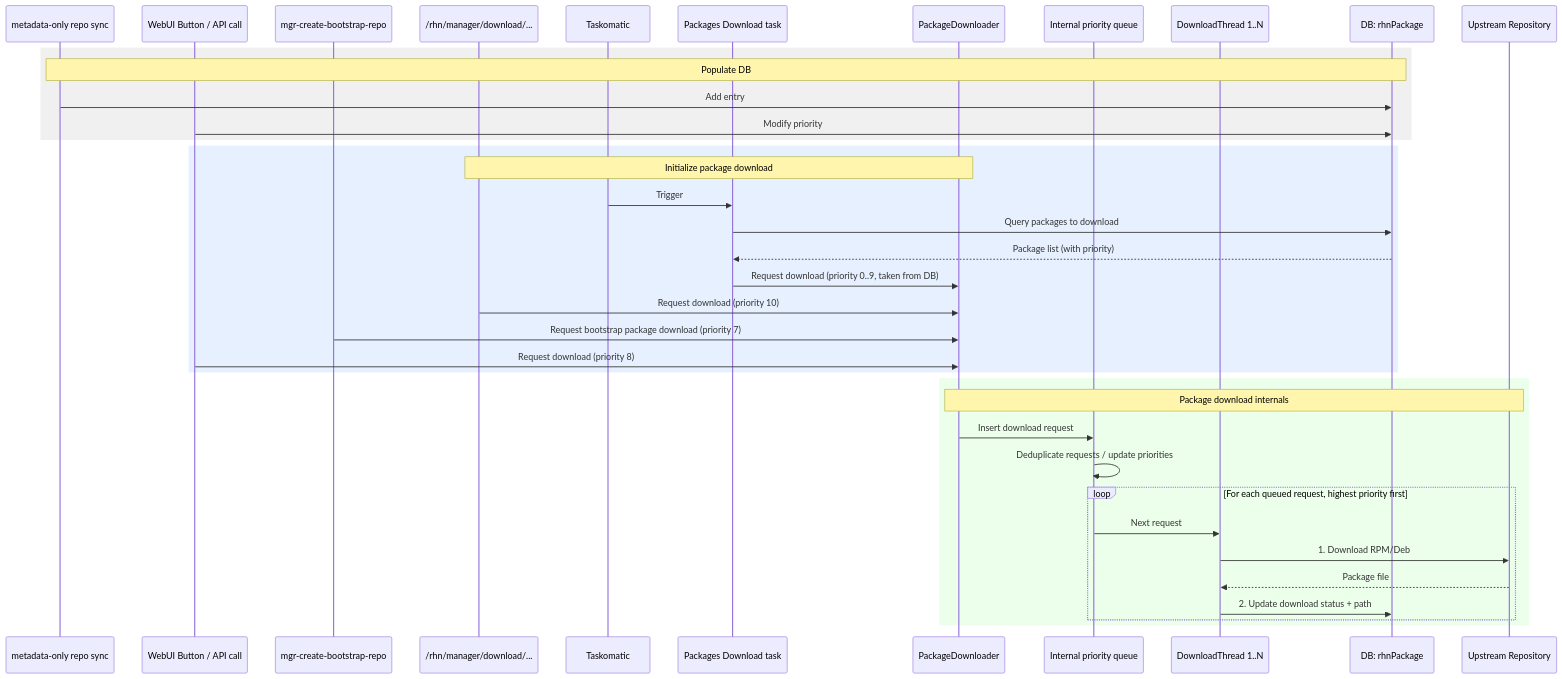
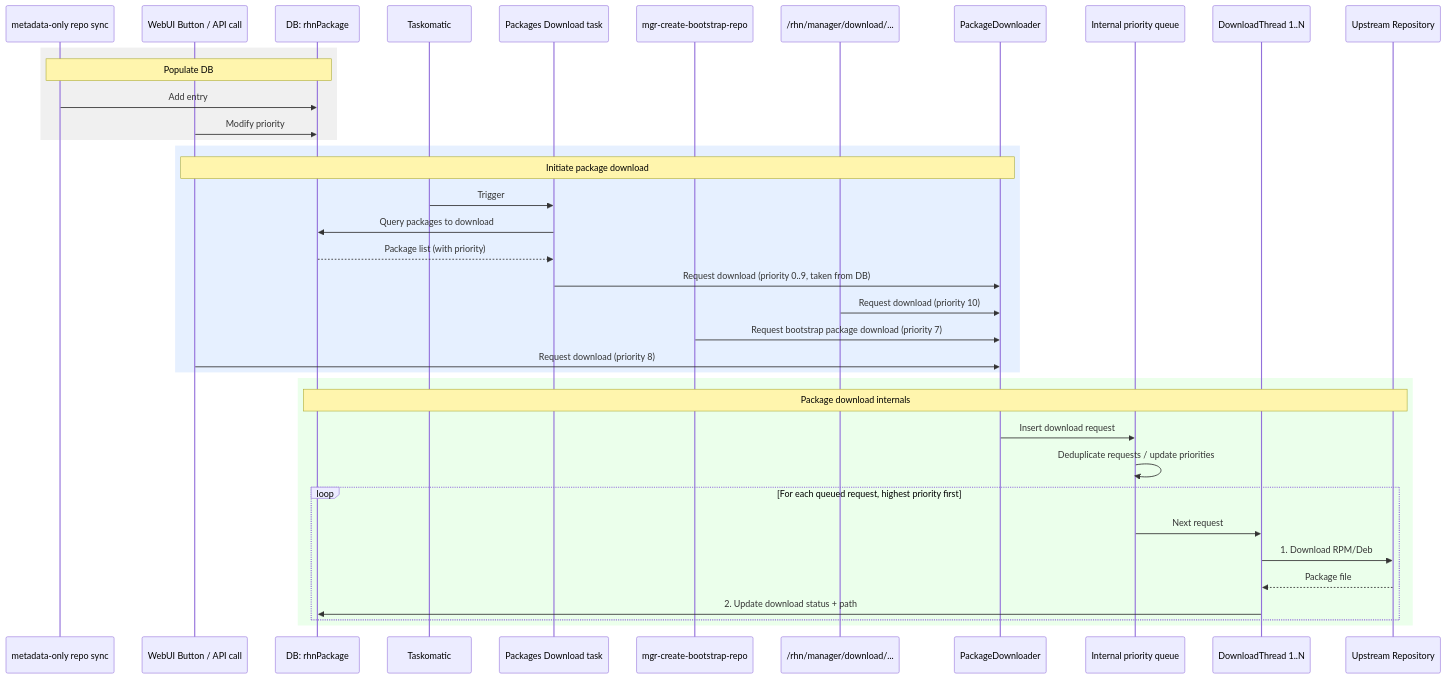
Before and after one commit to agraul/uyuni: the second of 2 diagrams in diagrams2.md, drawn with Mermaid. The commit also changed other lines of this file and 1 other file, not shown here.

Commit message:
update diagrams

````diff
--- a/diagrams2.md
+++ b/diagrams2.md
@@ -47,43 +47,43 @@
 ```mermaid
 sequenceDiagram
     participant Reposync as metadata-only repo sync
     participant WebUI as WebUI Button / API call
+    participant DB as DB: rhnPackage
+    participant Taskomatic
+    participant Task as Packages Download task
     participant Bootstrap as mgr-create-bootstrap-repo
     participant Endpoint as /rhn/manager/download/...
-    participant Taskomatic
-    participant Task as Packages Download task
     participant Downloader as PackageDownloader
     participant Queue as Internal priority queue
     participant Thread as DownloadThread 1..N
-    participant DB as DB: rhnPackage
     participant Upstream as Upstream Repository
 
     rect rgb(240, 240, 240)
     Note over Reposync,DB: Populate DB
     Reposync->>DB: Add entry
     WebUI->>DB: Modify priority
     end
 
     rect rgb(230, 240, 255)
-    Note over Endpoint,Downloader: Initialize package download
+    Note over WebUI,Downloader: Initiate package download
     Taskomatic->>Task: Trigger
     Task->>DB: Query packages to download
     DB-->>Task: Package list (with priority)
     Task->>Downloader: Request download (priority 0..9, taken from DB)
     Endpoint->>Downloader: Request download (priority 10)
     Bootstrap->>Downloader: Request bootstrap package download (priority 7)
     WebUI->>Downloader: Request download (priority 8)
     end
 
     rect rgb(235, 255, 235)
-    Note over Downloader,Upstream: Package download internals
+    Note over DB,Upstream: Package download internals
     Downloader->>Queue: Insert download request
     Queue->>Queue: Deduplicate requests / update priorities
     loop For each queued request, highest priority first
         Queue->>Thread: Next request
         Thread->>Upstream: 1. Download RPM/Deb
         Upstream-->>Thread: Package file
         Thread->>DB: 2. Update download status + path
     end
     end
 ```
````
